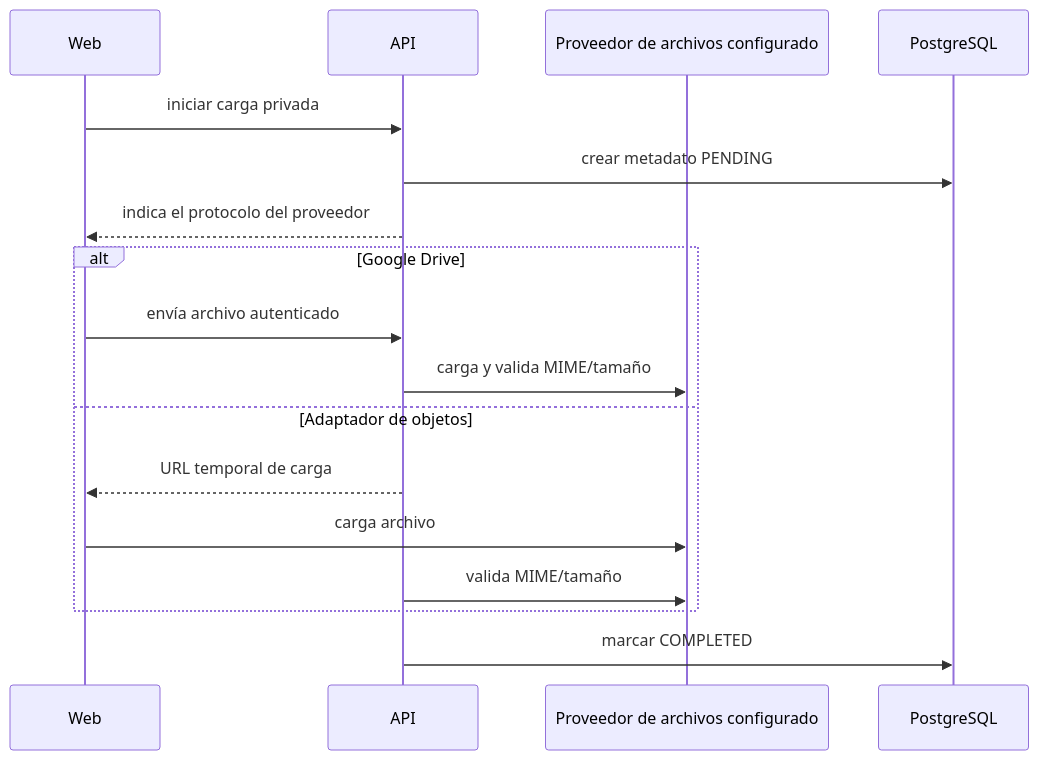
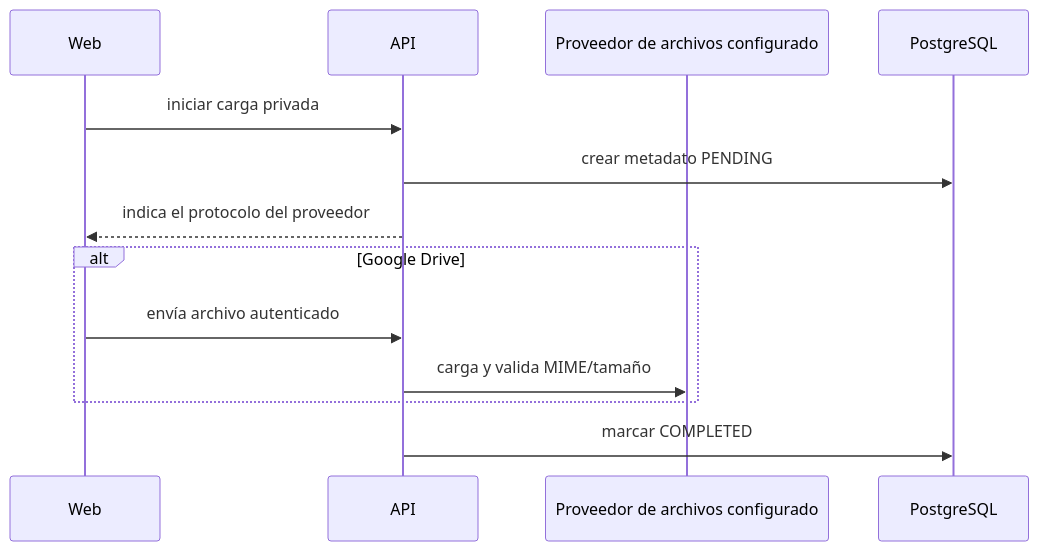
One commit to luistorres-idt/puk changed the third of 4 diagrams in docs/technical/backend-and-flows.md. Above: the diagram before and after it, drawn with Mermaid. The commit also changed other lines of this file and 17 other files, not shown here.

````diff
--- a/docs/technical/backend-and-flows.md
+++ b/docs/technical/backend-and-flows.md
@@ -139,20 +139,16 @@
 ```mermaid
 sequenceDiagram
     participant W as Web
     participant API
     participant Storage as Proveedor de archivos configurado
     participant DB as PostgreSQL
 
     W->>API: iniciar carga privada
     API->>DB: crear metadato PENDING
     API-->>W: indica el protocolo del proveedor
     alt Google Drive
         W->>API: envía archivo autenticado
         API->>Storage: carga y valida MIME/tamaño
-    else Adaptador de objetos
-        API-->>W: URL temporal de carga
-        W->>Storage: carga archivo
-        API->>Storage: valida MIME/tamaño
     end
     API->>DB: marcar COMPLETED
 ```
````
